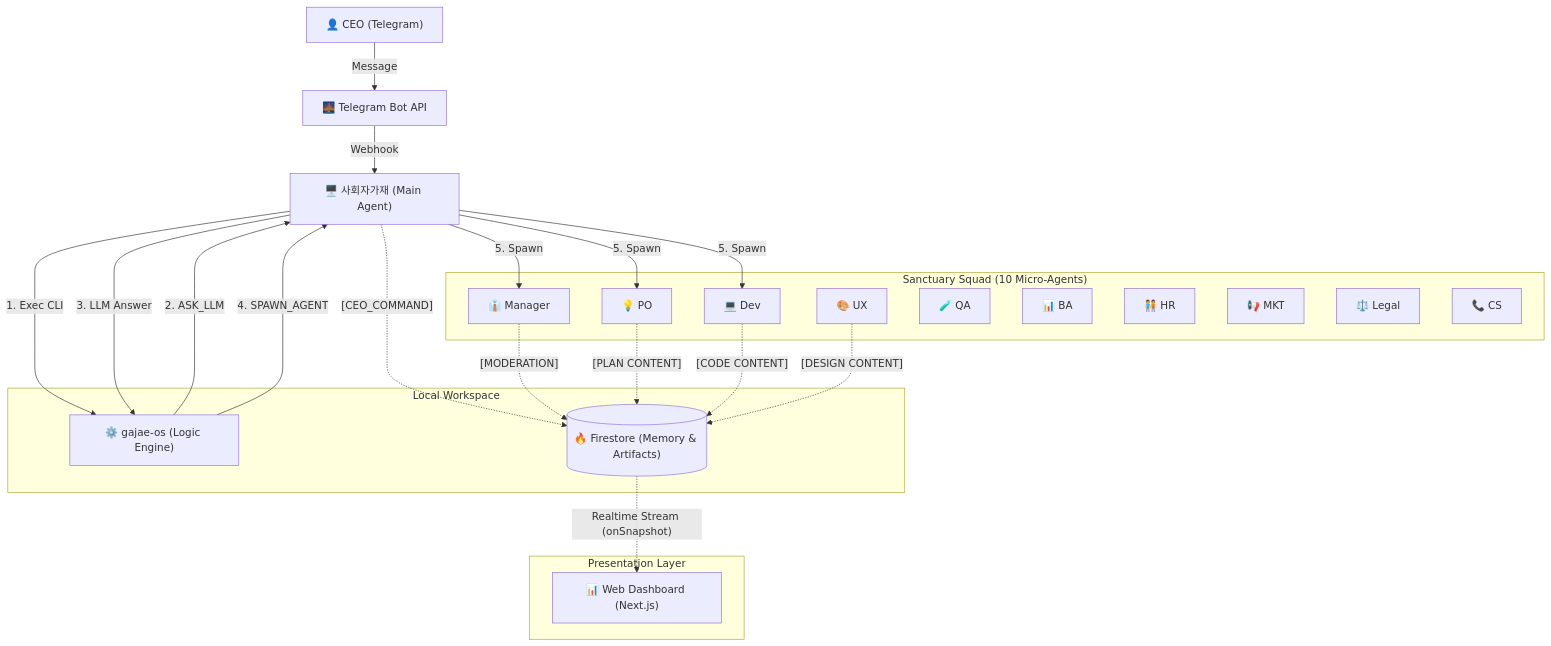
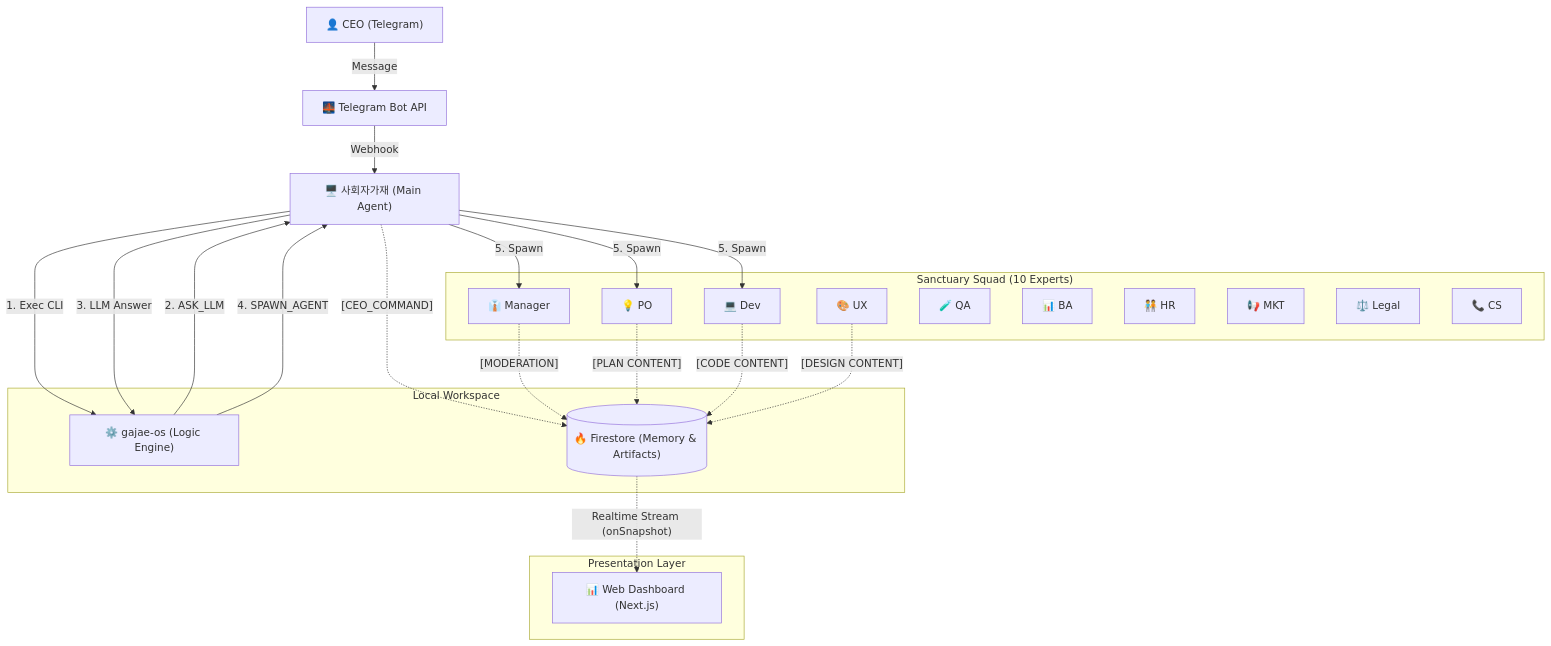
The first of 3 diagrams in docs/core/process/SYSTEM_DESIGN_V1_0.md (KyleL22/yuna-openclaw), drawn with Mermaid before and after one commit. The commit also changed other lines of this file, not shown here.

Commit message:
Docs: Finalize System Design v15.5 (Restore 13-Steps Diagram & Clarify 11 Agents)

````diff
--- a/docs/core/process/SYSTEM_DESIGN_V1_0.md
+++ b/docs/core/process/SYSTEM_DESIGN_V1_0.md
@@ -13,45 +13,45 @@
 ```mermaid
 graph TD
     User["👤 CEO (Telegram)"] -->|Message| Bridge["🌉 Telegram Bot API"]
     Bridge -->|Webhook| Main["🖥️ 사회자가재 (Main Agent)"]
     
     subgraph "Local Workspace"
         CLI["⚙️ gajae-os (Logic Engine)"]
         DB[("🔥 Firestore (Memory & Artifacts)")]
     end
     
-    subgraph "Sanctuary Squad (10 Micro-Agents)"
+    subgraph "Sanctuary Squad (10 Experts)"
         PM["👔 Manager"]
         PO["💡 PO"]
         DEV["💻 Dev"]
         UX["🎨 UX"]
         QA["🧪 QA"]
         BA["📊 BA"]
         HR["🧑‍🤝‍🧑 HR"]
         MKT["📢 MKT"]
         LEGAL["⚖️ Legal"]
         CS["📞 CS"]
     end
 
     subgraph "Presentation Layer"
         Web["📊 Web Dashboard (Next.js)"]
     end
 
     Main -- "1. Exec CLI" --> CLI
     CLI -- "2. ASK_LLM" --> Main
     Main -- "3. LLM Answer" --> CLI
     CLI -- "4. SPAWN_AGENT" --> Main
     Main -- "5. Spawn" --> PM
     Main -- "5. Spawn" --> PO
     Main -- "5. Spawn" --> DEV
     
     %% All agents write to DB
     Main -.->|"[CEO_COMMAND]"| DB
     PM -.->|"[MODERATION]"| DB
     PO -.->|"[PLAN CONTENT]"| DB
     DEV -.->|"[CODE CONTENT]"| DB
     UX -.->|"[DESIGN CONTENT]"| DB
 
     %% Web View
     DB -.->|"Realtime Stream (onSnapshot)"| Web
 ```
````
